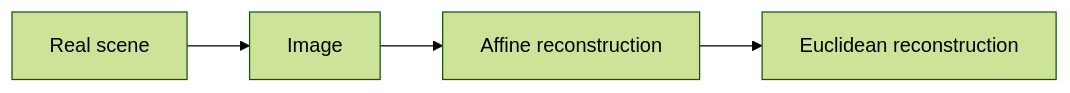
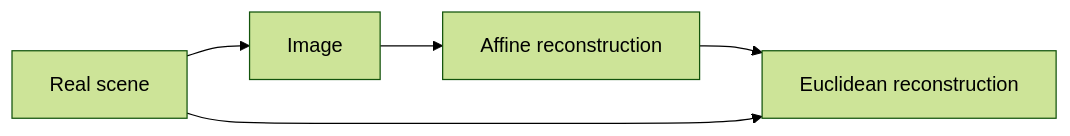
The diagram in doc/doc.md (EmanueleGhelfi/iacv), drawn with Mermaid (forest theme) before and after one commit. The commit also changed other lines of this file and 49 other files, not shown here.

````diff
--- a/doc/doc.md
+++ b/doc/doc.md
@@ -12,6 +53,7 @@
 ```mermaid
 graph LR
 A[Real scene] -->B[Image]
 B --> C[Affine reconstruction]
 C --> D[Euclidean reconstruction]
+A --> D
 ```
````
